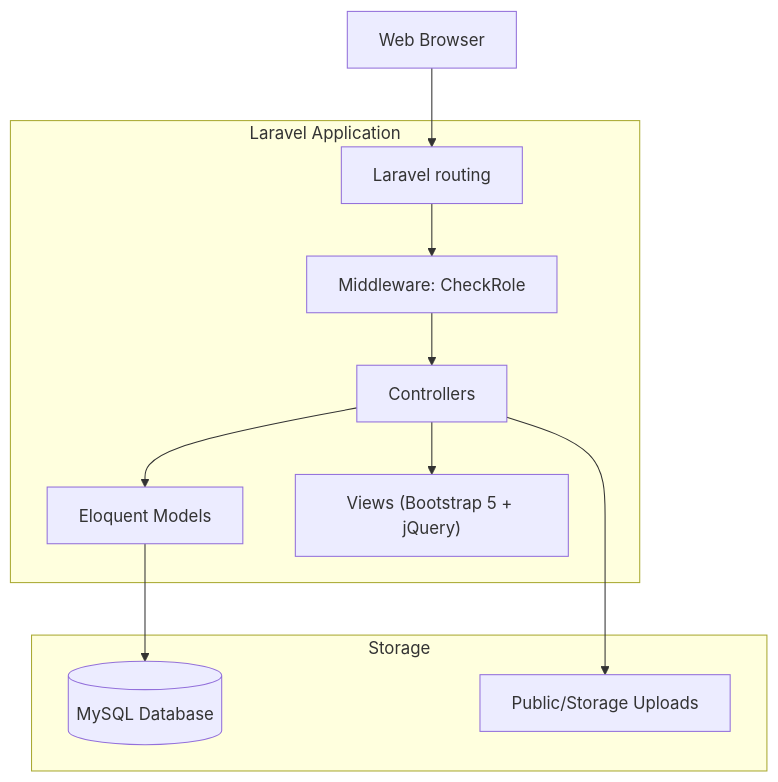
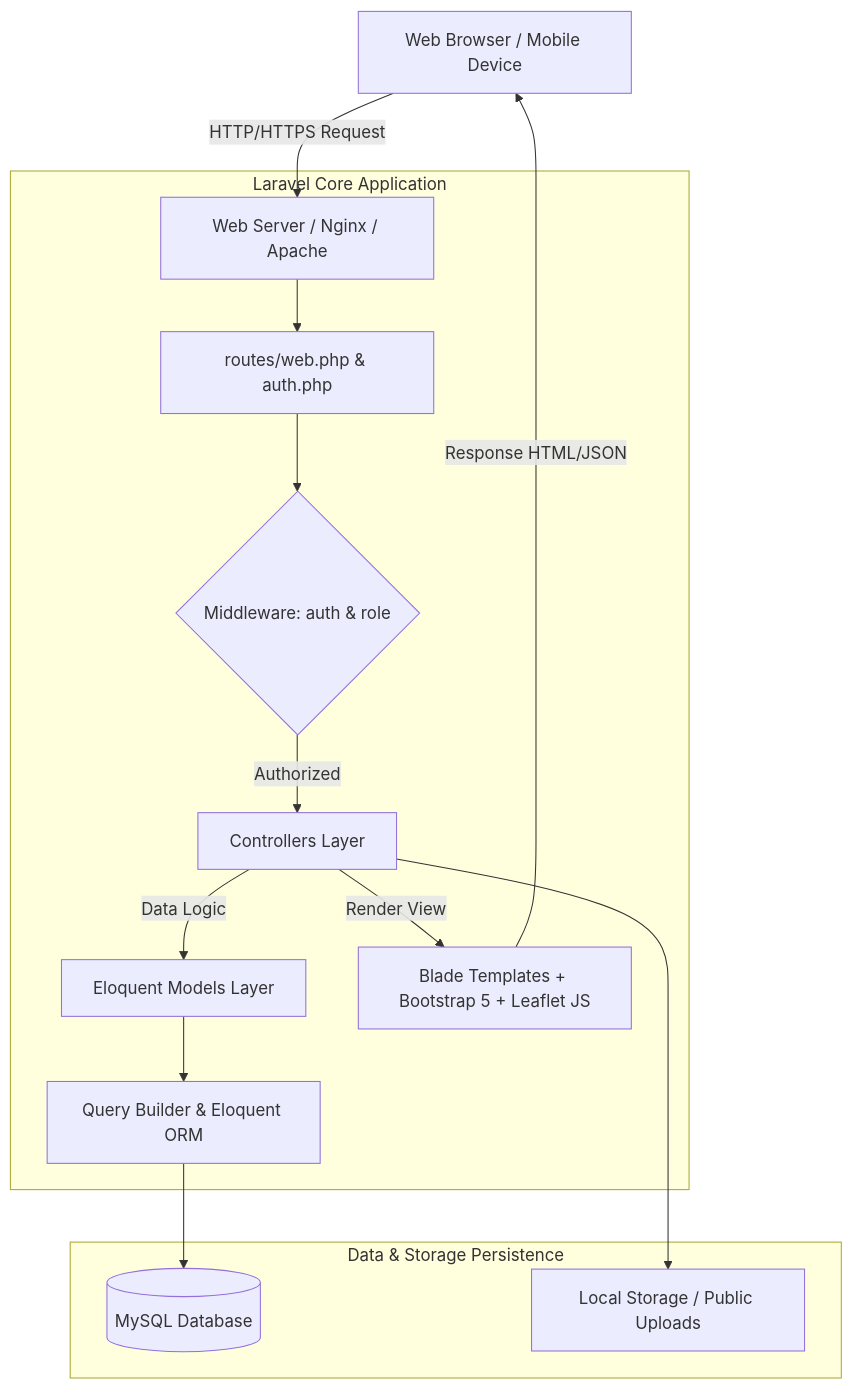
Before and after one commit to stinrhmwti/belajar_laravel: the third of 3 diagrams in doc/belajar_sistem_armada.md, drawn with Mermaid. The commit also changed other lines of this file and 45 other files, not shown here.

````diff
--- a/doc/belajar_sistem_armada.md
+++ b/doc/belajar_sistem_armada.md
@@ -302,16 +470,23 @@
 ```mermaid
 graph TD
-    Browser[Web Browser] --> Routing[Laravel routing]
+    ClientBrowser[Web Browser / Mobile Device] -->|HTTP/HTTPS Request| WebServer[Web Server / Nginx / Apache]
     
-    subgraph Laravel Application
-        Routing --> Middleware[Middleware: CheckRole]
-        Middleware --> Controllers[Controllers]
-        Controllers --> Models[Eloquent Models]
-        Controllers --> Views["Views (Bootstrap 5 + jQuery)"]
+    subgraph Laravel Core Application
+        WebServer --> Routing[routes/web.php & auth.php]
+        Routing --> RoleMiddleware{Middleware: auth & role}
+        
+        RoleMiddleware -->|Authorized| Controllers[Controllers Layer]
+        
+        Controllers -->|Data Logic| Models[Eloquent Models Layer]
+        Controllers -->|Render View| Views[Blade Templates + Bootstrap 5 + Leaflet JS]
+        
+        Models --> QueryBuilder[Query Builder & Eloquent ORM]
     end
-    
-    subgraph Storage
-        Models --> DB[(MySQL Database)]
-        Controllers --> Uploads[Public/Storage Uploads]
+
+    subgraph Data & Storage Persistence
+        QueryBuilder --> MySQL[(MySQL Database)]
+        Controllers --> StorageDisk[Local Storage / Public Uploads]
     end
+
+    Views -->|Response HTML/JSON| ClientBrowser
 ```
````
